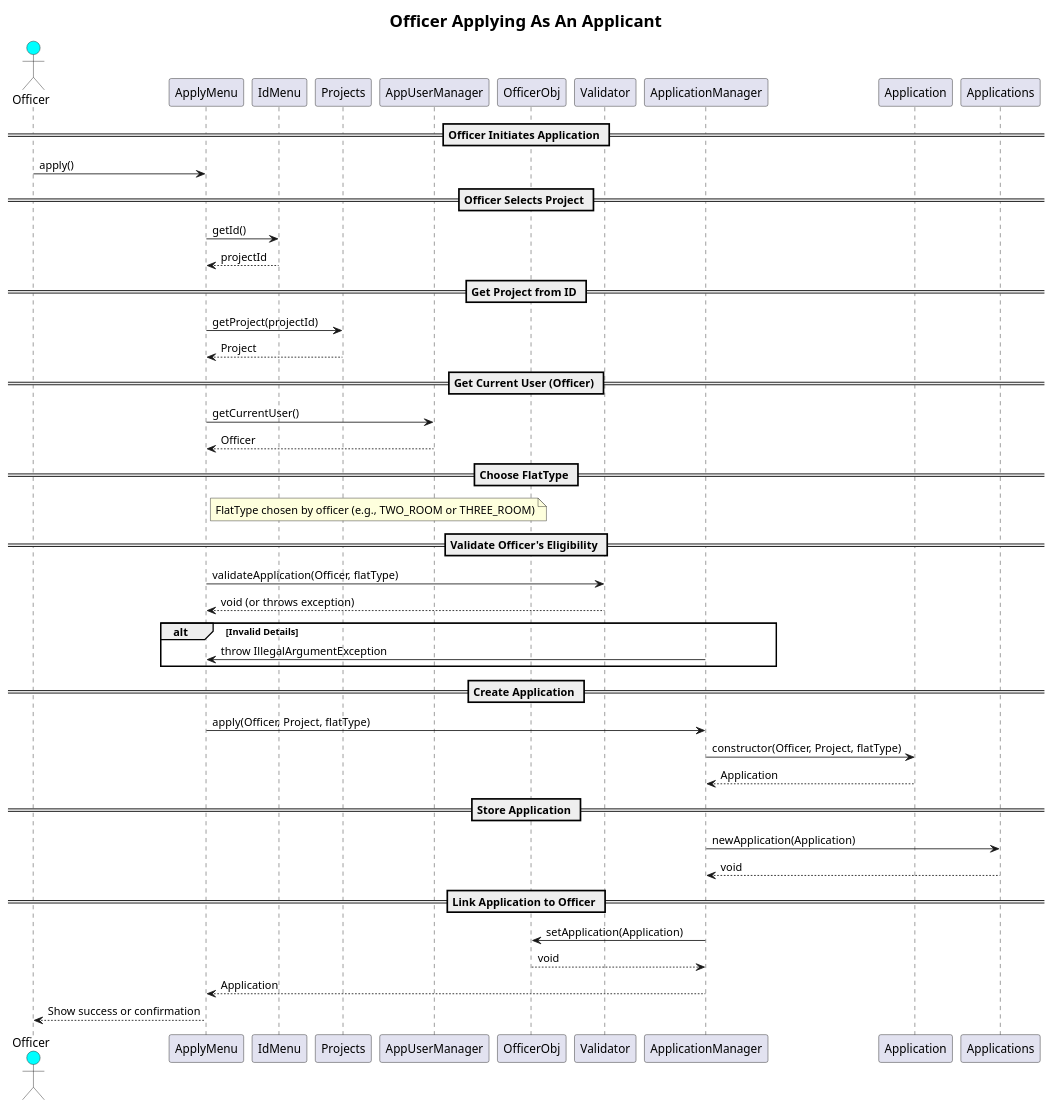
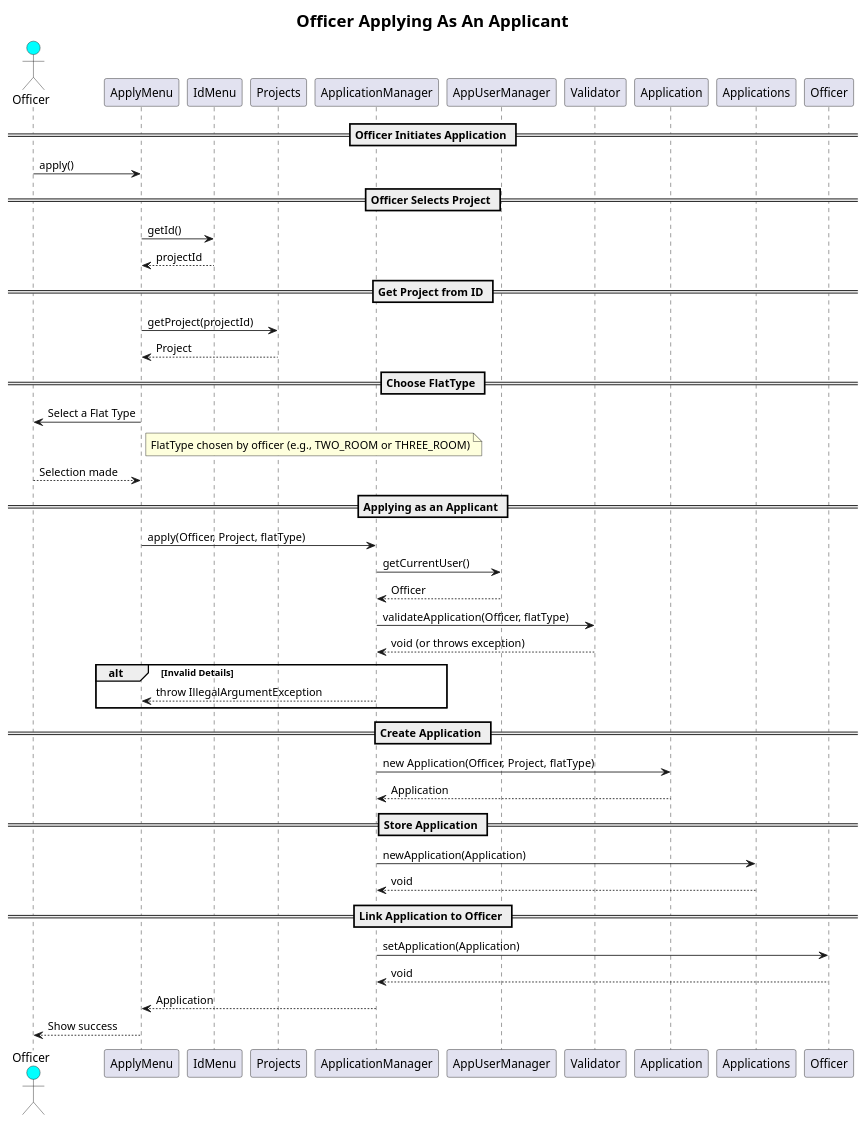
Before and after one commit to arpita729/SC2002-Project: the diagram in Sequence Diagram One (OfficerAsApplicant).wsd, drawn with PlantUML. The commit also changed 1 other file, not shown here.

Commit message:
tweak seq diagrams

```diff
--- a/Sequence Diagram One (OfficerAsApplicant).wsd
+++ b/Sequence Diagram One (OfficerAsApplicant).wsd
@@ -1,61 +1,60 @@
 @startuml
 skinparam titleFontSize 20
 title Officer Applying As An Applicant
 
 actor Officer as O #00FFFF
 
 participant ApplyMenu 
 participant IdMenu 
 participant Projects 
+participant ApplicationManager 
 participant AppUserManager 
-participant OfficerObj as Officer 
 participant Validator 
-participant ApplicationManager 
 participant Application 
 participant Applications 
 
 == Officer Initiates Application ==
 O -> ApplyMenu : apply()
 
 == Officer Selects Project ==
 ApplyMenu -> IdMenu : getId()
 IdMenu --> ApplyMenu : projectId
 
 == Get Project from ID ==
 ApplyMenu -> Projects : getProject(projectId)
 Projects --> ApplyMenu : Project
 
-== Get Current User (Officer) ==
-ApplyMenu -> AppUserManager : getCurrentUser()
-AppUserManager --> ApplyMenu : Officer
-
 == Choose FlatType ==
+ApplyMenu -> O : Select a Flat Type
 note right of ApplyMenu
 FlatType chosen by officer (e.g., TWO_ROOM or THREE_ROOM)
 end note
+O --> ApplyMenu : Selection made
 
-== Validate Officer's Eligibility ==
-ApplyMenu -> Validator : validateApplication(Officer, flatType)
-Validator --> ApplyMenu : void (or throws exception)
+== Applying as an Applicant ==
+
+ApplyMenu -> ApplicationManager : apply(Officer, Project, flatType)
+ApplicationManager -> AppUserManager : getCurrentUser()
+AppUserManager --> ApplicationManager : Officer
+ApplicationManager -> Validator : validateApplication(Officer, flatType)
+Validator --> ApplicationManager : void (or throws exception)
 
 alt Invalid Details
-    ApplicationManager -> ApplyMenu : throw IllegalArgumentException
+    ApplicationManager --> ApplyMenu : throw IllegalArgumentException
 end alt
 
 == Create Application ==
-ApplyMenu -> ApplicationManager : apply(Officer, Project, flatType)
-
-ApplicationManager -> Application : constructor(Officer, Project, flatType)
+ApplicationManager -> Application : new Application(Officer, Project, flatType)
 Application --> ApplicationManager : Application
 
 == Store Application ==
 ApplicationManager -> Applications : newApplication(Application)
 Applications --> ApplicationManager : void
 
 == Link Application to Officer ==
 ApplicationManager -> Officer : setApplication(Application)
 Officer --> ApplicationManager : void
 
 ApplicationManager --> ApplyMenu : Application
-ApplyMenu --> O : Show success or confirmation
+ApplyMenu --> O : Show success
 @enduml
```
